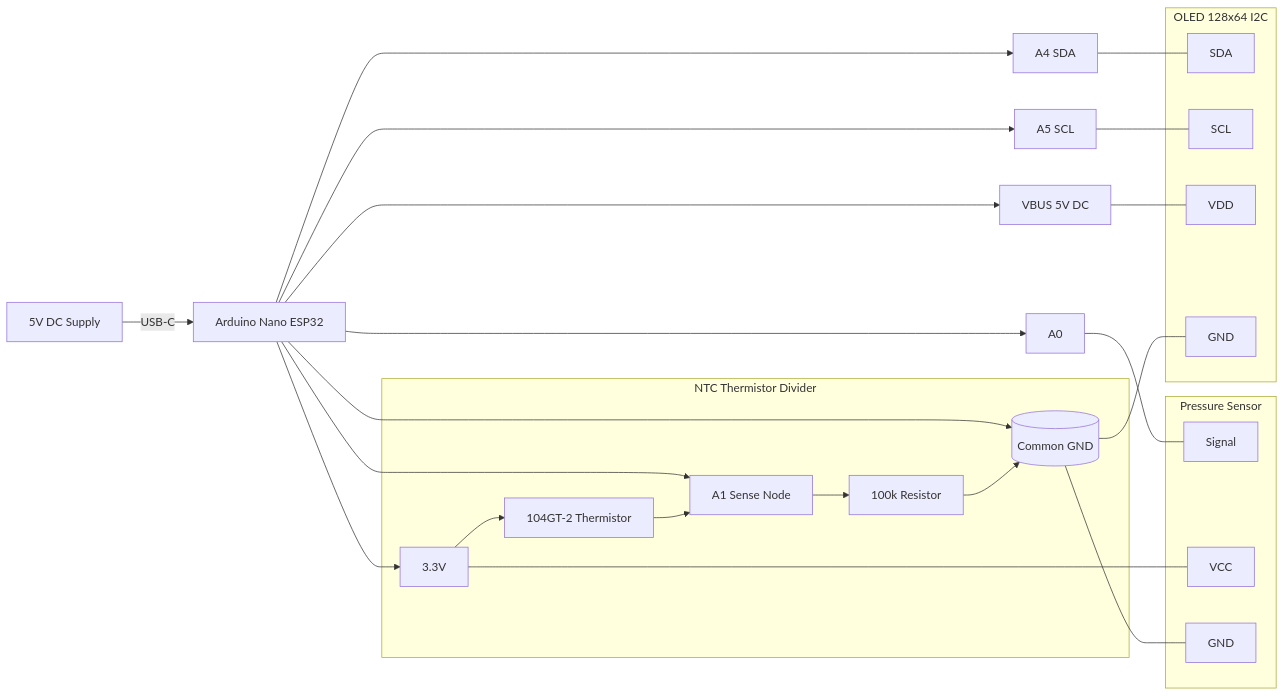
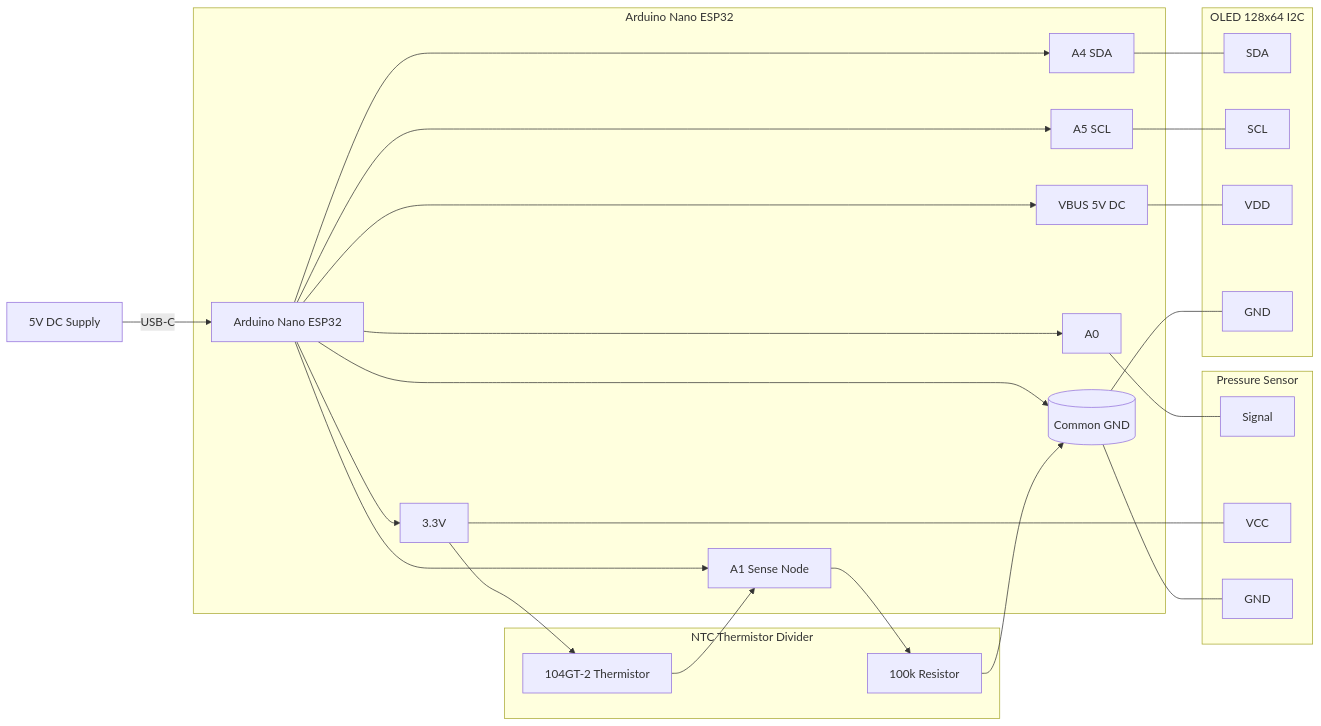
Before and after one commit to gereonwildermann/Dedicuino: the diagram in hardware/WIRING_DIAGRAM.md, drawn with Mermaid.

Commit message:
Refactor functional schematic in WIRING_DIAGRAM.md to group Arduino Nano ESP32 components

````diff
--- a/hardware/WIRING_DIAGRAM.md
+++ b/hardware/WIRING_DIAGRAM.md
@@ -28,40 +28,43 @@
 ```mermaid
 flowchart LR
     PS[5V DC Supply] -->|USB-C| NANO[Arduino Nano ESP32]
-    NANO --> GND[(Common GND)]
-    NANO --> V33[3.3V]
-    NANO --> A0[A0]
-    NANO --> A1[A1]
-    NANO --> A4[A4 SDA]
-    NANO --> A5[A5 SCL]
-    NANO --> VBUS[VBUS 5V DC]
+    
+    subgraph ARDINO[Arduino Nano ESP32]
+      NANO --> GND[(Common GND)]
+      NANO --> V33[3.3V]
+      NANO --> A0[A0]
+      NANO --> A1[A1]
+      NANO --> A4[A4 SDA]
+      NANO --> A5[A5 SCL]
+      NANO --> VBUS[VBUS 5V DC]
+    end 
 
     subgraph OLED[OLED 128x64 I2C]
       O_SDA[SDA]
       O_SCL[SCL]
       O_VDD[VDD]
       O_GND[GND]
     end
 
     A4[A4 SDA] --- O_SDA
     A5[A5 SCL] --- O_SCL
     VBUS[VBUS 5V DC] --- O_VDD
     GND --- O_GND
 
     subgraph PRESS[Pressure Sensor]
       P_OUT[Signal]
       P_VCC[VCC]
       P_GND[GND]
     end
 
     A0[A0] --- P_OUT
     V33[3.3V] --- P_VCC
     GND --- P_GND
 
     subgraph TEMP[NTC Thermistor Divider]
       V33 --> TH[104GT-2 Thermistor]
       TH --> A1[A1 Sense Node]
       A1 --> R100[100k Resistor]
       R100 --> GND
     end
 ```
````
